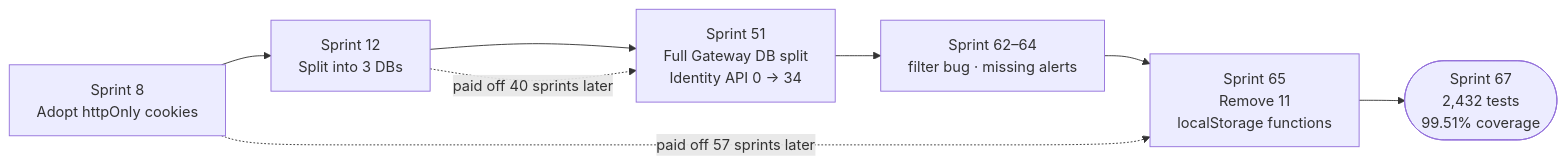
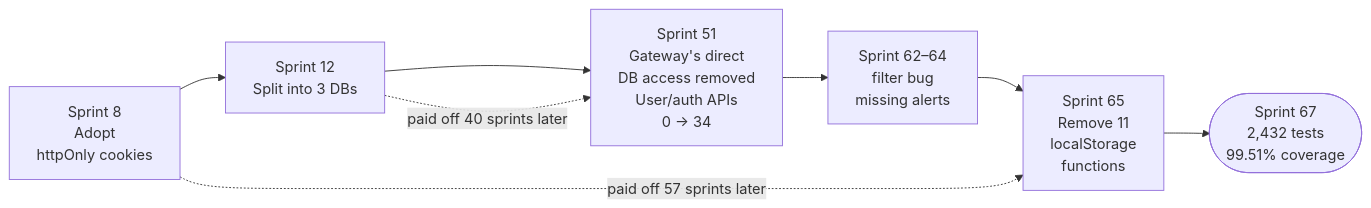
Before and after one commit to tpals0409/Leo-s-Build-Log: the diagram in content/posts/sprint-journey/diagrams/sprints.en.mmd, drawn with Mermaid. The commit also changed 82 other files, not shown here.

```diff
--- a/content/posts/sprint-journey/diagrams/sprints.en.mmd
+++ b/content/posts/sprint-journey/diagrams/sprints.en.mmd
@@ -1,4 +1,4 @@
 flowchart LR
-  S8[Sprint 8<br/>Adopt httpOnly cookies] --> S12[Sprint 12<br/>Split into 3 DBs] --> S51[Sprint 51<br/>Full Gateway DB split<br/>Identity API 0 → 34] --> S62[Sprint 62–64<br/>filter bug · missing alerts] --> S65[Sprint 65<br/>Remove 11<br/>localStorage functions] --> S67([Sprint 67<br/>2,432 tests<br/>99.51% coverage])
+  S8[Sprint 8<br/>Adopt<br/>httpOnly cookies] --> S12[Sprint 12<br/>Split into 3 DBs] --> S51[Sprint 51<br/>Gateway's direct<br/>DB access removed<br/>User/auth APIs<br/>0 → 34] --> S62[Sprint 62–64<br/>filter bug<br/>missing alerts] --> S65[Sprint 65<br/>Remove 11<br/>localStorage<br/>functions] --> S67([Sprint 67<br/>2,432 tests<br/>99.51% coverage])
   S12 -.->|paid off 40 sprints later| S51
   S8 -.->|paid off 57 sprints later| S65
```
